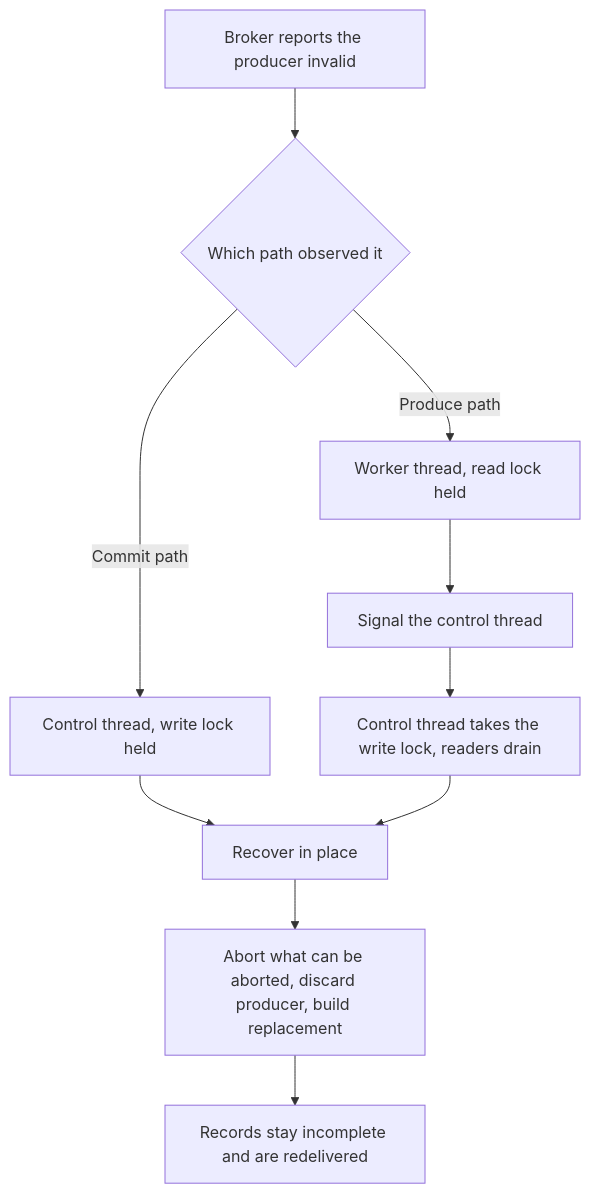
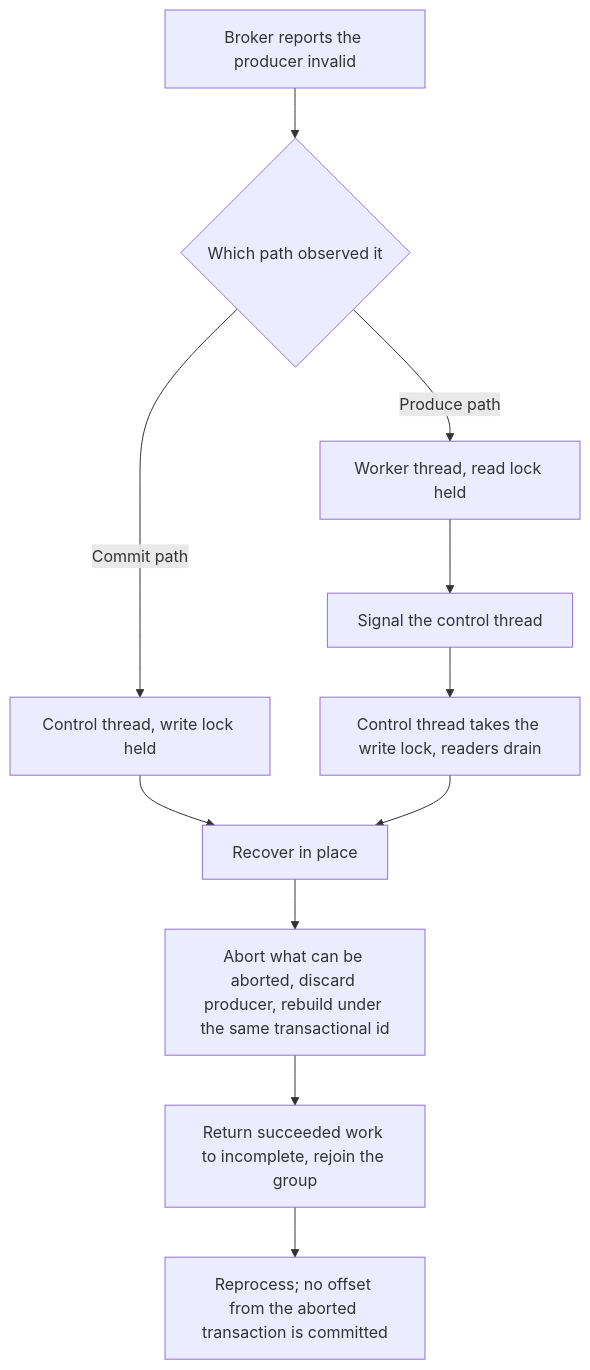
Before and after one commit to astubbs/parallel-consumer: the diagram in docs/plans/2026-09-02-001-feat-recoverable-producer-fencing-plan.md, drawn with Mermaid. The commit also changed other lines of this file, not shown here.

````diff
--- a/docs/plans/2026-09-02-001-feat-recoverable-producer-fencing-plan.md
+++ b/docs/plans/2026-09-02-001-feat-recoverable-producer-fencing-plan.md
@@ -98,12 +108,13 @@
 ```mermaid
 flowchart TB
   A[Broker reports the producer invalid] --> B{Which path observed it}
   B -->|Commit path| C[Control thread, write lock held]
   B -->|Produce path| D[Worker thread, read lock held]
   C --> E[Recover in place]
   D --> F[Signal the control thread]
   F --> G[Control thread takes the write lock, readers drain]
   G --> E
-  E --> H[Abort what can be aborted, discard producer, build replacement]
-  H --> I[Records stay incomplete and are redelivered]
+  E --> H[Abort what can be aborted, discard producer, rebuild under the same transactional id]
+  H --> I[Return succeeded work to incomplete, rejoin the group]
+  I --> J[Reprocess; no offset from the aborted transaction is committed]
 ```
````
